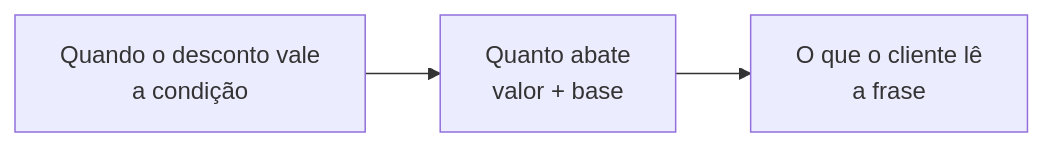
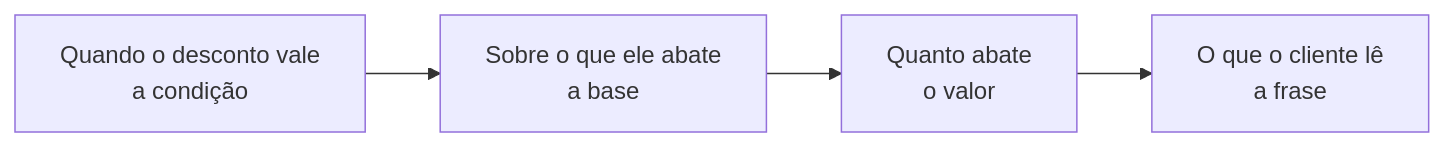
Before and after one commit to LocFlowTeam/locflow-docs: the diagram in configuracoes/regras-de-desconto.md, drawn with Mermaid. The commit also changed other lines of this file and 26 other files, not shown here.

````diff
--- a/configuracoes/regras-de-desconto.md
+++ b/configuracoes/regras-de-desconto.md
@@ -32,5 +32,6 @@
 ```mermaid
 flowchart LR
-    A[Quando o desconto vale<br/>a condição] --> B[Quanto abate<br/>valor + base]
-    B --> C[O que o cliente lê<br/>a frase]
+    A[Quando o desconto vale<br/>a condição] --> B[Sobre o que ele abate<br/>a base]
+    B --> C[Quanto abate<br/>o valor]
+    C --> D[O que o cliente lê<br/>a frase]
 ```
````
